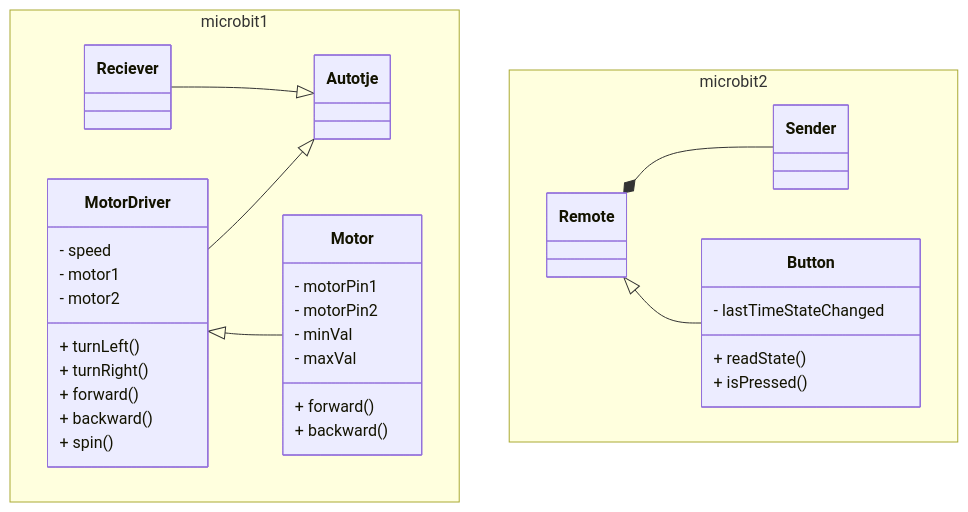
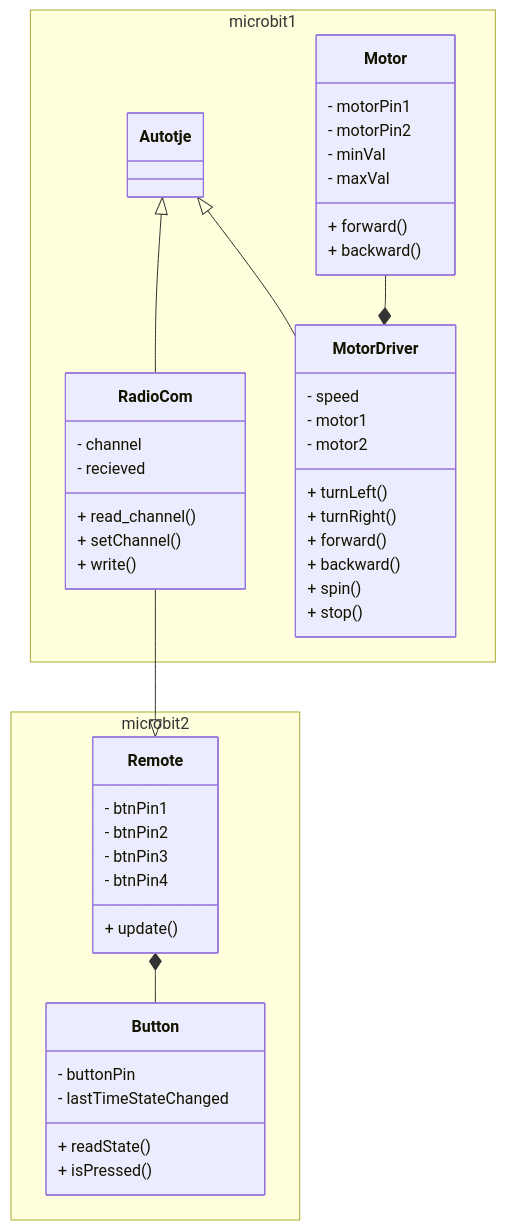
The diagram in UML_schema.md (jensthebrogrammer/project_autotje), drawn with Mermaid before and after one commit.

Commit message:
ik heb enkele pijlen veranderd, en de klasse Radiocom verder afgewerkt. nadat tuur Autotje heeft afgewerkt kunnen eventuele aanpassingen over verbeteringen bespreken

````diff
--- a/UML_schema.md
+++ b/UML_schema.md
@@ -1,53 +1,62 @@
 ```mermaid
 classDiagram
     namespace microbit1 {
         class Autotje {
             
         }
 
         class Motor {
             - motorPin1
             - motorPin2
             - minVal
             - maxVal
             + forward()
             + backward()
         }
         
         class MotorDriver {
             - speed
             - motor1
             - motor2
             + turnLeft()
             + turnRight()
             + forward()
             + backward()
             + spin()
+            + stop()
         }
 
-        class Reciever {
-
+        class RadioCom {
+            - channel
+            - recieved
+            + read_channel()
+            + setChannel()
+            + write()
         }
     }
 
     namespace microbit2 {
         class Remote {
-        }
-    
-        class Sender {
+            - btnPin1
+            - btnPin2
+            - btnPin3
+            - btnPin4
+            + update()
         }
     
         class Button {
+            - buttonPin
             - lastTimeStateChanged
             + readState()
             + isPressed()
             
         }
     }
 
-    MotorDriver --|> Autotje
-    Reciever --|> Autotje
-    Remote *-- Sender
-    Remote <|-- Button
-    MotorDriver <|-- Motor
+    Autotje <|-- RadioCom
+    Autotje <|-- MotorDriver
+    RadioCom --|> Remote
+    Remote *-- Button
+    Motor --* MotorDriver
+
 ```
````
